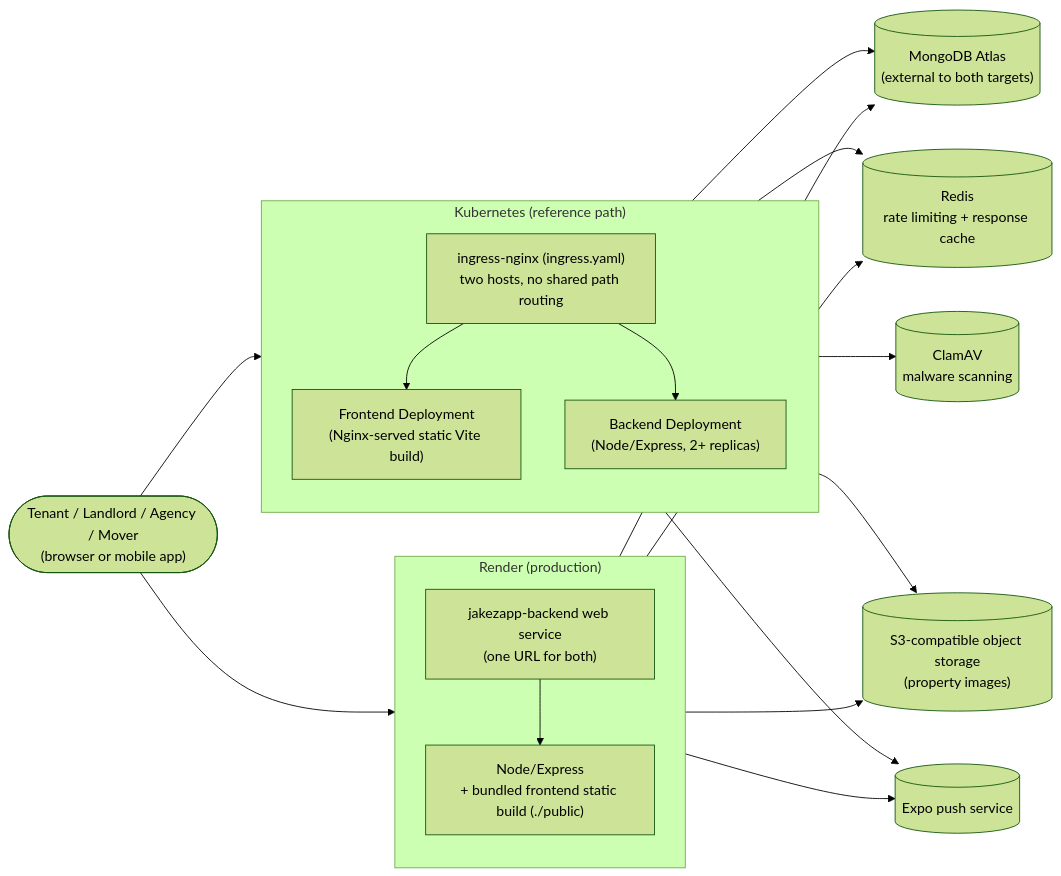
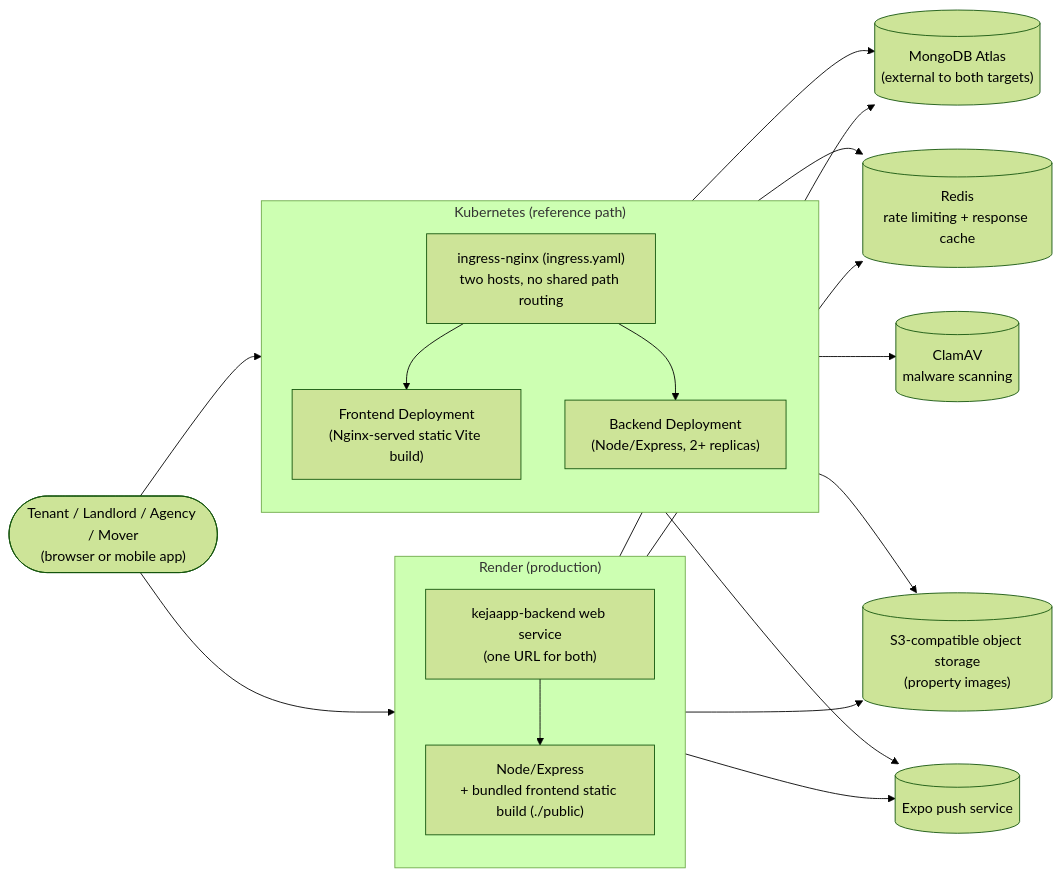
Before and after one commit to Abdurleone/kejaapp: the diagram in docs/dev/devops.md, drawn with Mermaid (forest theme). The commit also changed other lines of this file and 6 other files, not shown here.

````diff
--- a/docs/dev/devops.md
+++ b/docs/dev/devops.md
@@ -175,38 +175,38 @@
 ```mermaid
 flowchart LR
     User(["Tenant / Landlord / Agency / Mover<br/>(browser or mobile app)"])
 
     subgraph RenderTarget["Render (production)"]
         direction TB
-        RenderEdge["jakezapp-backend web service<br/>(one URL for both)"]
+        RenderEdge["kejaapp-backend web service<br/>(one URL for both)"]
         RenderApp["Node/Express<br/>+ bundled frontend static build (./public)"]
         RenderEdge --> RenderApp
     end
 
     subgraph K8sTarget["Kubernetes (reference path)"]
         direction TB
         K8sEdge["ingress-nginx (ingress.yaml)<br/>two hosts, no shared path routing"]
         K8sFrontend["Frontend Deployment<br/>(Nginx-served static Vite build)"]
         K8sBackend["Backend Deployment<br/>(Node/Express, 2+ replicas)"]
         K8sEdge --> K8sFrontend
         K8sEdge --> K8sBackend
     end
 
     Mongo[("MongoDB Atlas<br/>(external to both targets)")]
     Redis[("Redis<br/>rate limiting + response cache")]
     ClamAV[("ClamAV<br/>malware scanning")]
     Storage[("S3-compatible object storage<br/>(property images)")]
     Expo[("Expo push service")]
 
     User --> RenderTarget
     User --> K8sTarget
     RenderApp --> Mongo
     RenderApp --> Redis
     RenderApp --> Storage
     RenderApp --> Expo
     K8sBackend --> Mongo
     K8sBackend --> Redis
     K8sBackend --> ClamAV
     K8sBackend --> Storage
     K8sBackend --> Expo
 ```
````
